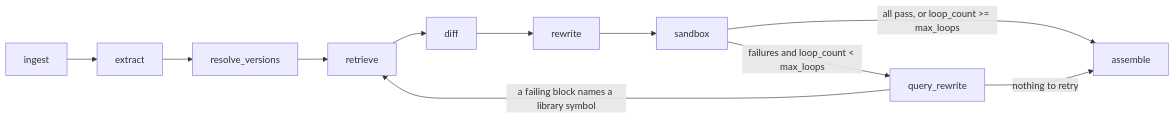
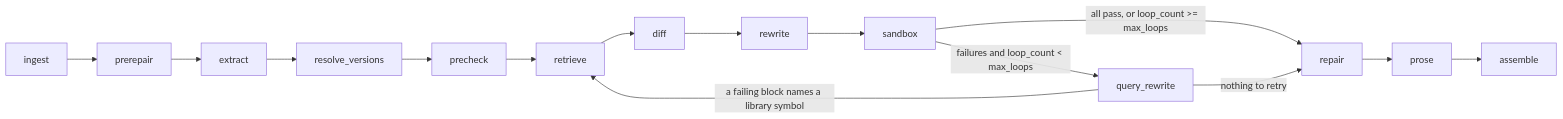
The diagram in README.md (thorOdinson16/tutorial-fixer), drawn with Mermaid before and after one commit. The commit also changed other lines of this file, not shown here.

Commit message:
README: Beyond version fixes (defect repair, prose updates), their results, updated pipeline and limitations

````diff
--- a/README.md
+++ b/README.md
@@ -22,8 +25,10 @@
 ```mermaid
 flowchart LR
-    A[ingest] --> B[extract] --> C[resolve_versions] --> D[retrieve] --> E[diff] --> F[rewrite] --> G[sandbox]
-    G -->|all pass, or loop_count >= max_loops| H[assemble]
+    A[ingest] --> P0[prerepair] --> B[extract] --> C[resolve_versions] --> P1[precheck] --> D[retrieve]
+    D --> E[diff] --> F[rewrite] --> G[sandbox]
+    G -->|all pass, or loop_count >= max_loops| R[repair]
     G -->|failures and loop_count < max_loops| Q[query_rewrite]
     Q -->|a failing block names a library symbol| D
-    Q -->|nothing to retry| H
+    Q -->|nothing to retry| R
+    R --> PR[prose] --> H[assemble]
 ```
````
